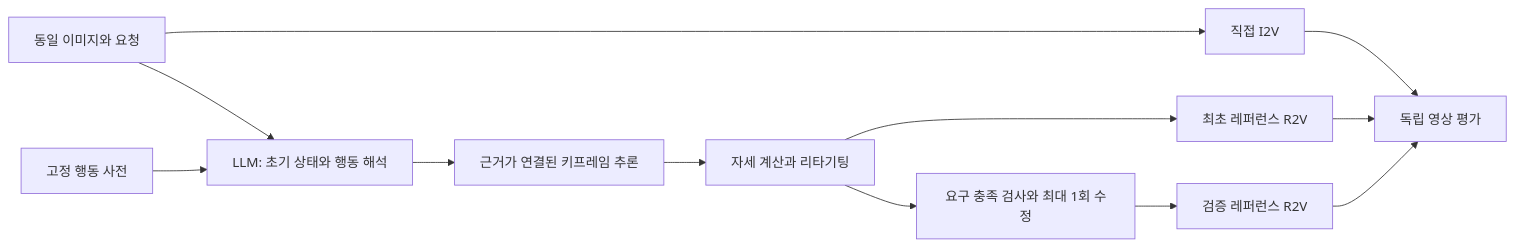
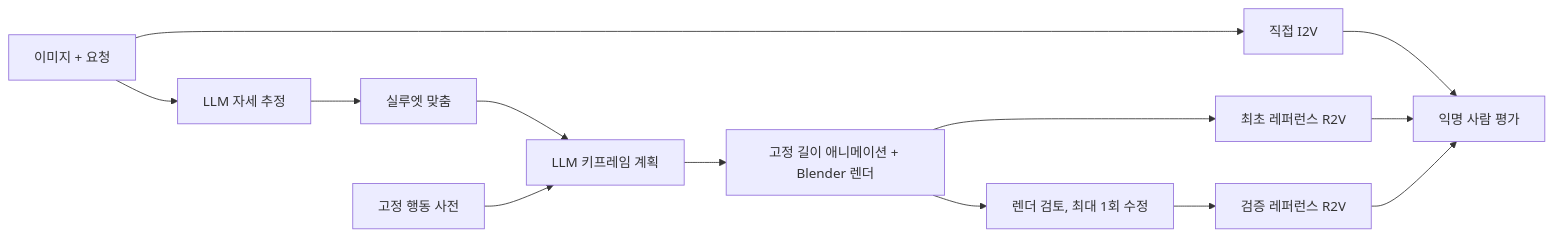
The diagram in docs/MIDTERM_REPORT.ko.md (enggaa/motion-reference-benchmark), drawn with Mermaid before and after one commit. The commit also changed other lines of this file, not shown here.

````diff
--- a/docs/MIDTERM_REPORT.ko.md
+++ b/docs/MIDTERM_REPORT.ko.md
@@ -22,14 +49,15 @@
 ```mermaid
 flowchart LR
- I[동일 이미지와 요청] --> A[직접 I2V]
- I --> P[LLM: 초기 상태와 행동 해석]
- D[고정 행동 사전] --> P
- P --> K[근거가 연결된 키프레임 추론]
- K --> R[자세 계산과 리타기팅]
+ I[이미지 + 요청] --> A[직접 I2V]
+ I --> P1[LLM 자세 추정]
+ P1 --> F[실루엣 맞춤]
+ F --> P2[LLM 키프레임 계획]
+ D[고정 행동 사전] --> P2
+ P2 --> R[고정 길이 애니메이션 + Blender 렌더]
  R --> B[최초 레퍼런스 R2V]
- R --> V[요구 충족 검사와 최대 1회 수정]
+ R --> V[렌더 검토, 최대 1회 수정]
  V --> C[검증 레퍼런스 R2V]
- A --> E[독립 영상 평가]
+ A --> E[익명 사람 평가]
  B --> E
  C --> E
 ```
````
